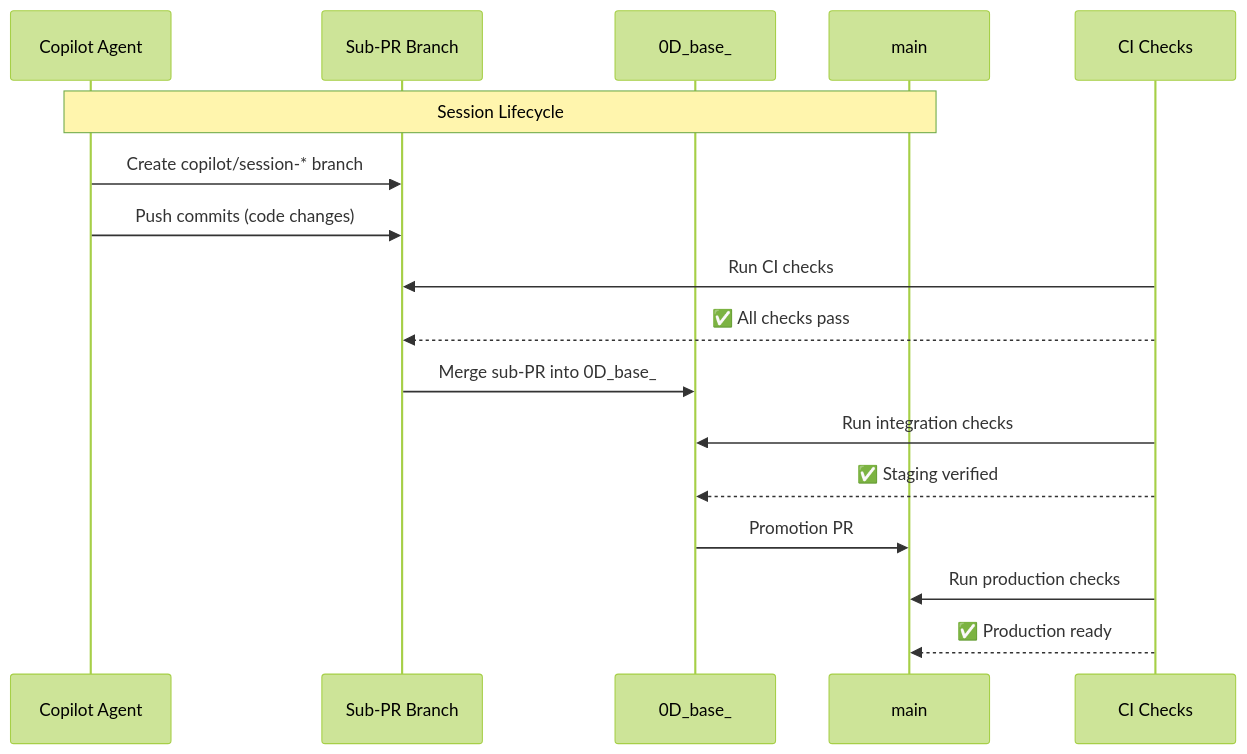
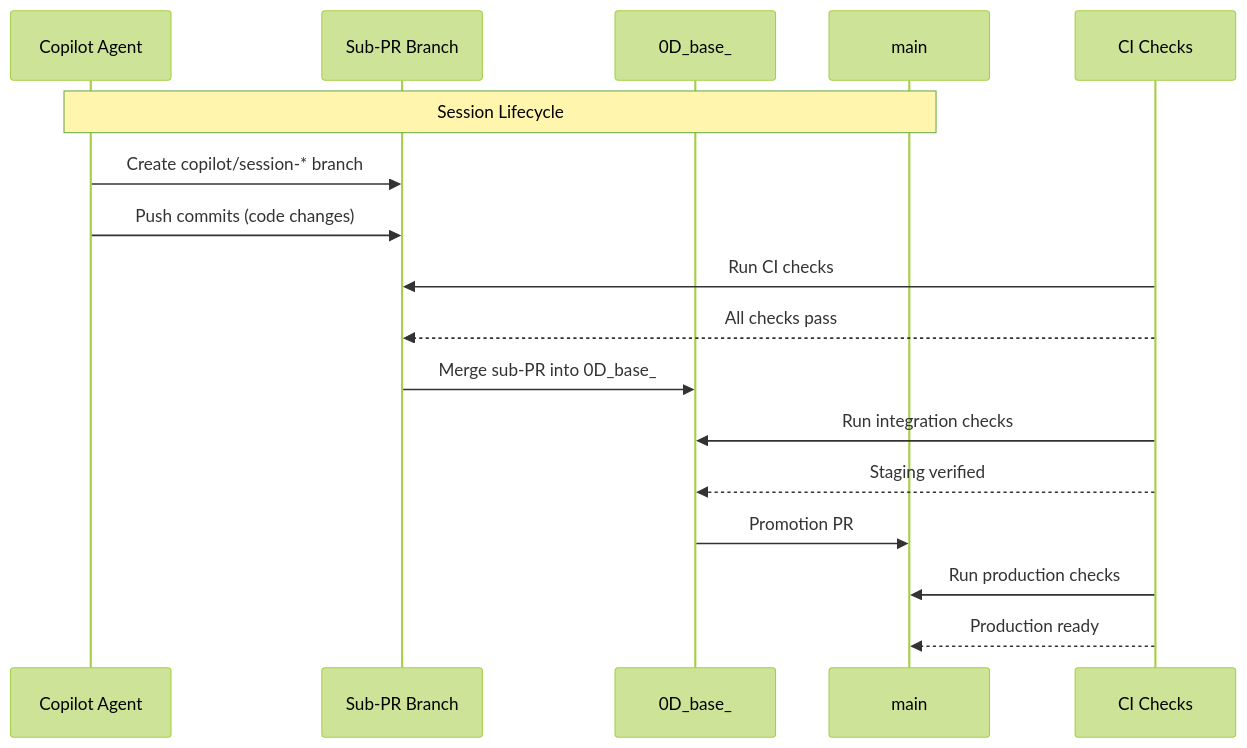
The third of 23 diagrams in docs/plans/AUTONOMOUS_SELF_HEALING_PROPOSAL_S182.md (Aries-Serpent/_codex_), drawn with Mermaid (forest theme) before and after one commit. The commit also changed other lines of this file and 2029 other files, not shown here.

````diff
--- a/docs/plans/AUTONOMOUS_SELF_HEALING_PROPOSAL_S182.md
+++ b/docs/plans/AUTONOMOUS_SELF_HEALING_PROPOSAL_S182.md
@@ -130,26 +132,26 @@
 ```mermaid
-%%{init: {'accessibility': {'title': 'Sequence Diagram: >>SubPR: ✅ All checks pass
+%%{init: {'accessibility': {'title': 'Sequence Diagram: >>SubPR:  All checks pass
 
   '}}%%
 sequenceDiagram
     participant Agent as Copilot Agent
     participant SubPR as Sub-PR Branch
     participant OD as 0D_base_
     participant Main as main
     participant CI as CI Checks
 
     Note over Agent,Main: Session Lifecycle
 
     Agent->>SubPR: Create copilot/session-* branch
     Agent->>SubPR: Push commits (code changes)
     CI->>SubPR: Run CI checks
-    CI-->>SubPR: ✅ All checks pass
+    CI-->>SubPR:  All checks pass
 
     SubPR->>OD: Merge sub-PR into 0D_base_
     CI->>OD: Run integration checks
-    CI-->>OD: ✅ Staging verified
+    CI-->>OD:  Staging verified
 
     OD->>Main: Promotion PR #3630 merge
     CI->>Main: Run production checks
-    CI-->>Main: ✅ Production ready
+    CI-->>Main:  Production ready
 ```
````
